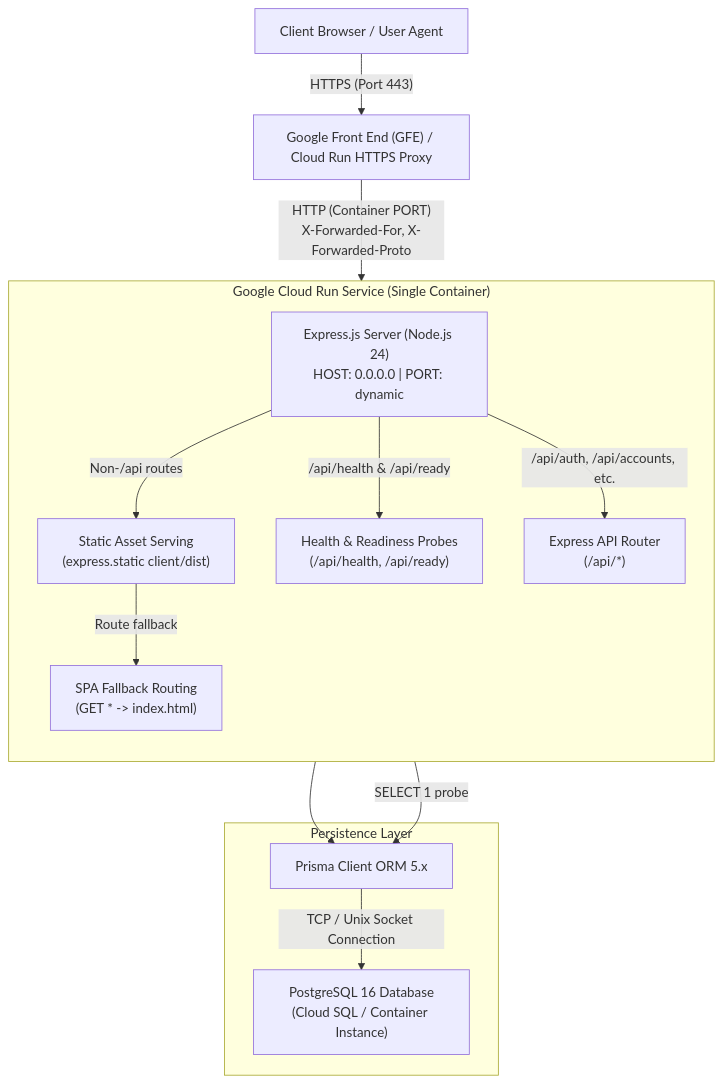
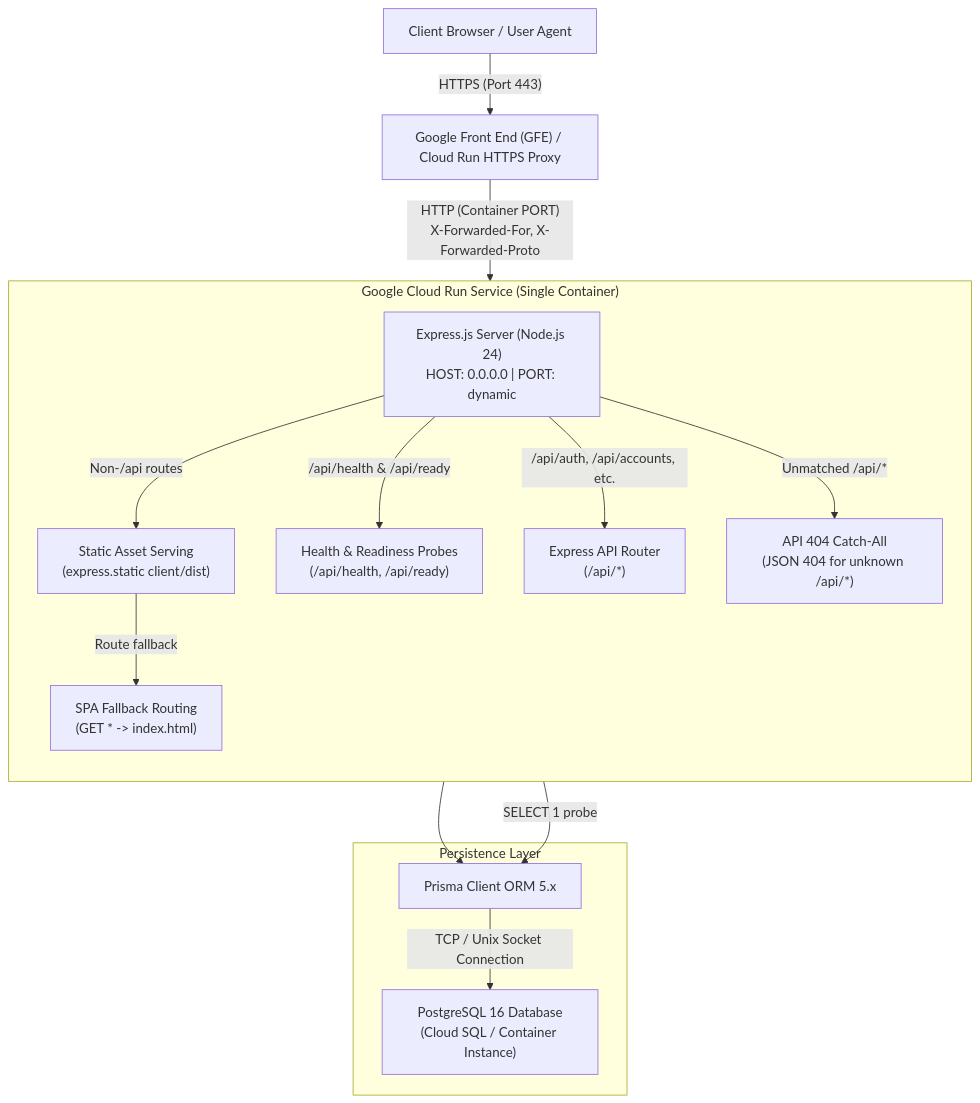
The diagram in docs/labs/lab-05/deployment.md (Pilaiwan3492/Whatsss-PMandELS), drawn with Mermaid before and after one commit. The commit also changed other lines of this file and 5 other files, not shown here.

````diff
--- a/docs/labs/lab-05/deployment.md
+++ b/docs/labs/lab-05/deployment.md
@@ -15,29 +15,31 @@
 ```mermaid
 flowchart TD
     ClientBrowser["Client Browser / User Agent"]
     GCPGFE["Google Front End (GFE) / Cloud Run HTTPS Proxy"]
     
     subgraph CloudRunService ["Google Cloud Run Service (Single Container)"]
         direction TB
         ExpressServer["Express.js Server (Node.js 24)<br/>HOST: 0.0.0.0 | PORT: dynamic"]
         StaticServe["Static Asset Serving<br/>(express.static client/dist)"]
         SPAFallback["SPA Fallback Routing<br/>(GET * -> index.html)"]
         APIRouter["Express API Router<br/>(/api/*)"]
+        API404["API 404 Catch-All<br/>(JSON 404 for unknown /api/*)"]
         HealthProbes["Health & Readiness Probes<br/>(/api/health, /api/ready)"]
     end
     
     subgraph PersistenceLayer ["Persistence Layer"]
         PrismaORM["Prisma Client ORM 5.x"]
         CloudSQL["PostgreSQL 16 Database<br/>(Cloud SQL / Container Instance)"]
     end
 
     ClientBrowser -->|"HTTPS (Port 443)"| GCPGFE
     GCPGFE -->|"HTTP (Container PORT)<br/>X-Forwarded-For, X-Forwarded-Proto"| ExpressServer
     ExpressServer -->|"Non-/api routes"| StaticServe
     StaticServe -->|"Route fallback"| SPAFallback
     ExpressServer -->|"/api/health & /api/ready"| HealthProbes
     ExpressServer -->|"/api/auth, /api/accounts, etc."| APIRouter
+    ExpressServer -->|"Unmatched /api/*"| API404
     APIRouter --> PrismaORM
     HealthProbes -->|"SELECT 1 probe"| PrismaORM
     PrismaORM -->|"TCP / Unix Socket Connection"| CloudSQL
 ```
````
